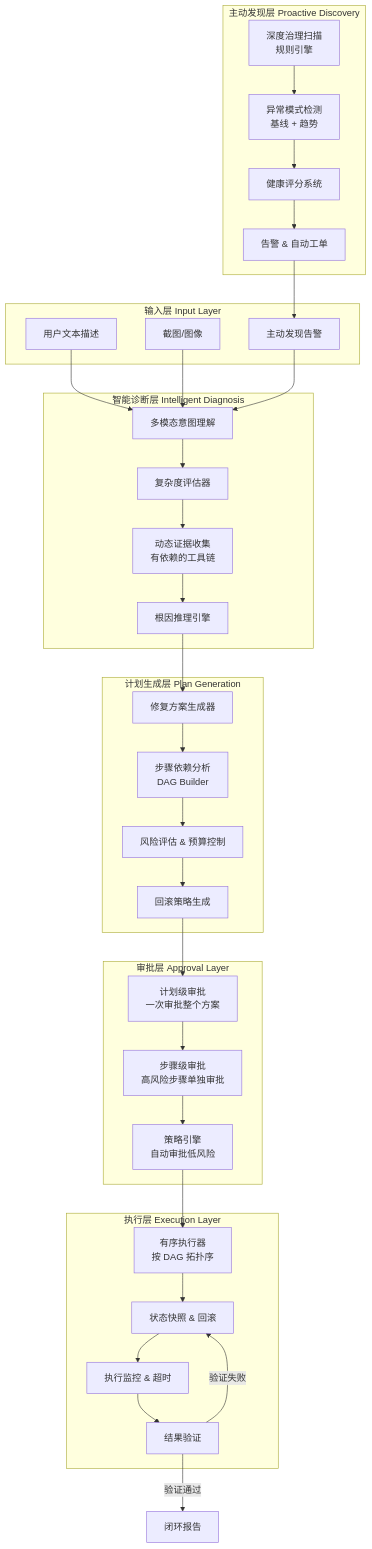
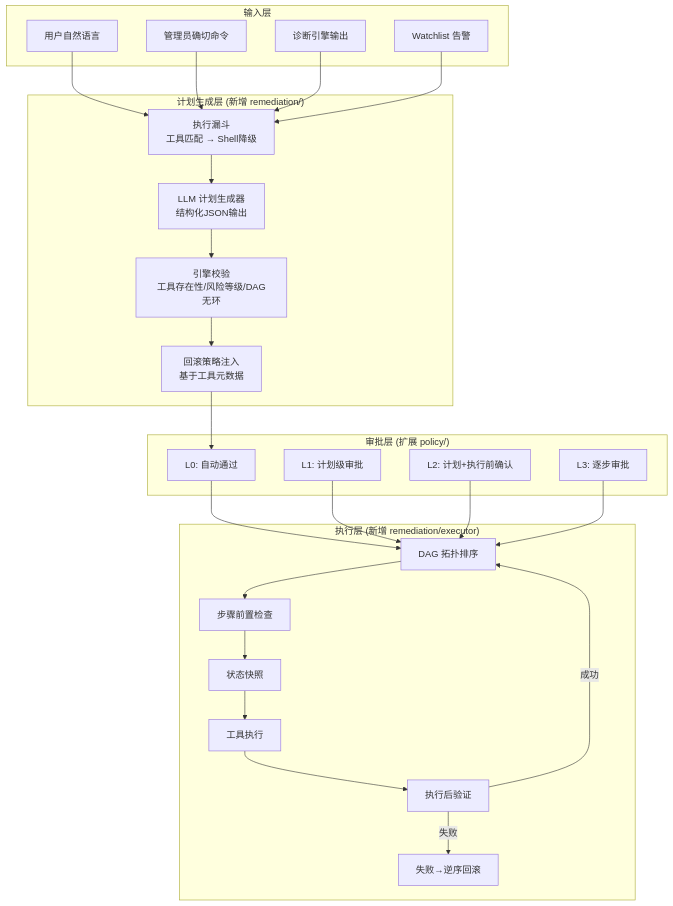
Before and after one commit to zy-eagle/envnexus: the first of 3 diagrams in docs/omnidev-state/main/01-blueprint.md, drawn with Mermaid. The commit also changed other lines of this file and 8 other files, not shown here.

````diff
--- a/docs/omnidev-state/main/01-blueprint.md
+++ b/docs/omnidev-state/main/01-blueprint.md
@@ -39,67 +78,51 @@
 ```mermaid
 graph TB
-    subgraph "输入层 Input Layer"
-        A1[用户文本描述]
-        A2[截图/图像]
-        A3[主动发现告警]
+    subgraph "输入层"
+        A1[用户自然语言]
+        A2[管理员确切命令]
+        A3[诊断引擎输出]
+        A4[Watchlist 告警]
     end
 
-    subgraph "智能诊断层 Intelligent Diagnosis"
-        B1[多模态意图理解]
-        B2[复杂度评估器]
-        B3[动态证据收集<br/>有依赖的工具链]
-        B4[根因推理引擎]
+    subgraph "计划生成层 (新增 remediation/)"
+        B1[执行漏斗<br/>工具匹配 → Shell降级]
+        B2[LLM 计划生成器<br/>结构化JSON输出]
+        B3[引擎校验<br/>工具存在性/风险等级/DAG无环]
+        B4[回滚策略注入<br/>基于工具元数据]
     end
 
-    subgraph "计划生成层 Plan Generation"
-        C1[修复方案生成器]
-        C2[步骤依赖分析<br/>DAG Builder]
-        C3[风险评估 & 预算控制]
-        C4[回滚策略生成]
+    subgraph "审批层 (扩展 policy/)"
+        C1[L0: 自动通过]
+        C2[L1: 计划级审批]
+        C3[L2: 计划+执行前确认]
+        C4[L3: 逐步审批]
     end
 
-    subgraph "审批层 Approval Layer"
-        D1[计划级审批<br/>一次审批整个方案]
-        D2[步骤级审批<br/>高风险步骤单独审批]
-        D3[策略引擎<br/>自动审批低风险]
-    end
-
-    subgraph "执行层 Execution Layer"
-        E1[有序执行器<br/>按 DAG 拓扑序]
-        E2[状态快照 & 回滚]
-        E3[执行监控 & 超时]
-        E4[结果验证]
-    end
-
-    subgraph "主动发现层 Proactive Discovery"
-        F1[深度治理扫描<br/>规则引擎]
-        F2[异常模式检测<br/>基线 + 趋势]
-        F3[健康评分系统]
-        F4[告警 & 自动工单]
+    subgraph "执行层 (新增 remediation/executor)"
+        D1[DAG 拓扑排序]
+        D2[步骤前置检查]
+        D3[状态快照]
+        D4[工具执行]
+        D5[执行后验证]
+        D6[失败→逆序回滚]
     end
 
     A1 --> B1
     A2 --> B1
     A3 --> B1
+    A4 --> B1
     B1 --> B2
     B2 --> B3
     B3 --> B4
     B4 --> C1
-    C1 --> C2
-    C2 --> C3
-    C3 --> C4
+    C1 --> D1
+    C2 --> D1
+    C3 --> D1
     C4 --> D1
     D1 --> D2
     D2 --> D3
-    D3 --> E1
-    E1 --> E2
-    E2 --> E3
-    E3 --> E4
-    E4 -->|验证失败| E2
-    E4 -->|验证通过| G[闭环报告]
-
-    F1 --> F2
-    F2 --> F3
-    F3 --> F4
-    F4 --> A3
+    D3 --> D4
+    D4 --> D5
+    D5 -->|失败| D6
+    D5 -->|成功| D1
 ```
````
